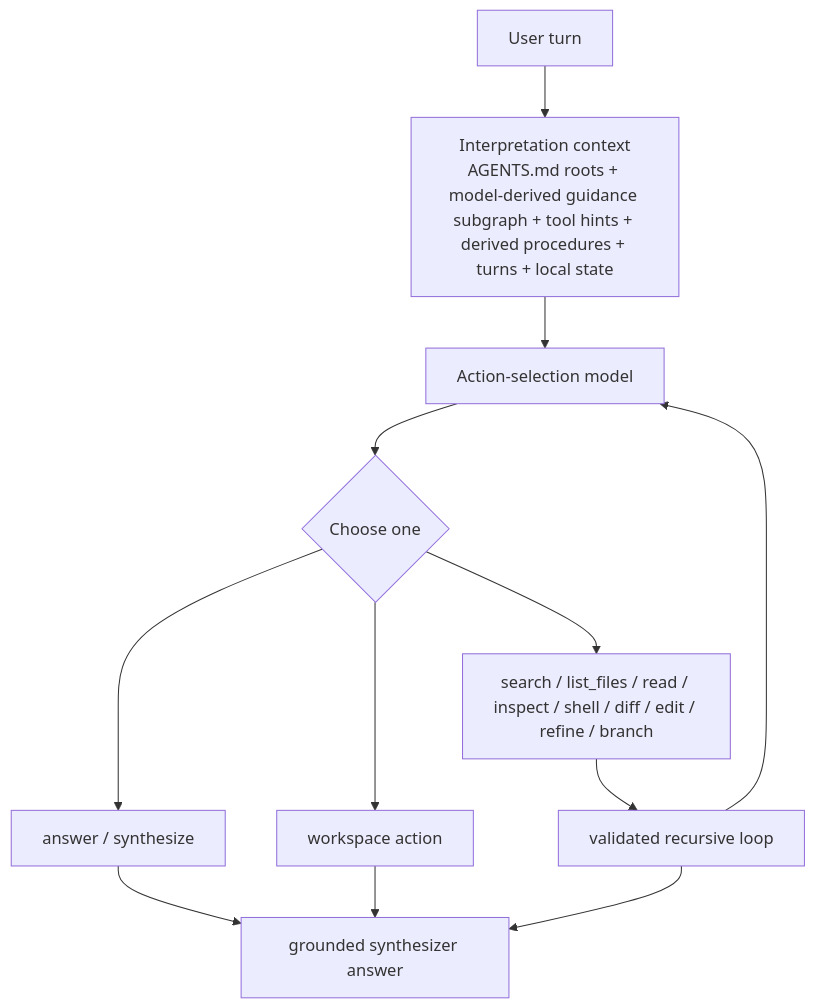
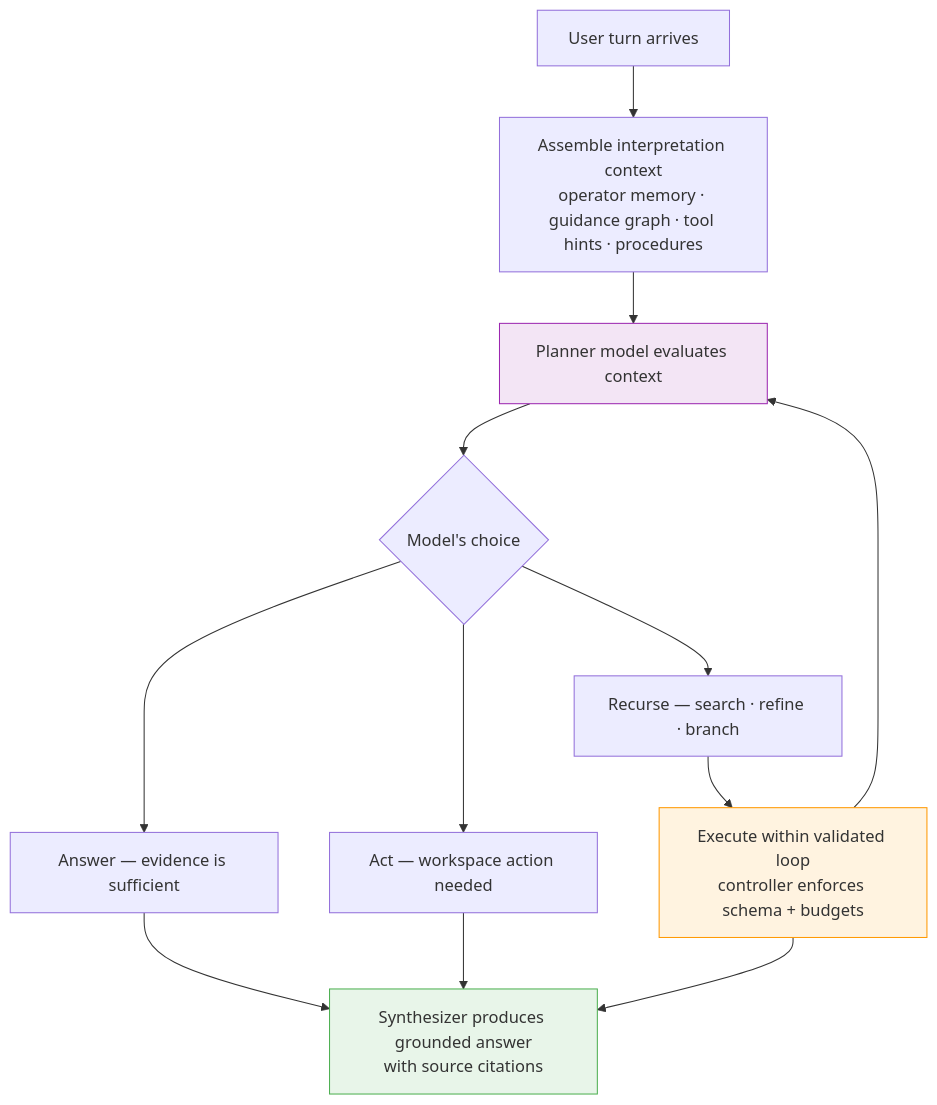
One commit to spoke-sh/paddles changed the third of 5 diagrams in README.md. Above: the diagram before and after it, drawn with Mermaid. The commit also changed other lines of this file and 6 other files, not shown here.

First line of the commit message:
docs: rewrite foundational documents for clarity and narrative flow

````diff
--- a/README.md
+++ b/README.md
@@ -82,18 +89,22 @@
 ```mermaid
 flowchart TD
-    U["User turn"]
-    I["Interpretation context<br/>AGENTS.md roots + model-derived guidance subgraph + tool hints + derived procedures + turns + local state"]
-    M["Action-selection model"]
-    C{"Choose one"}
-    A["answer / synthesize"]
-    T["workspace action"]
-    R["search / list_files / read / inspect / shell / diff / edit / refine / branch"]
-    L["validated recursive loop"]
-    S["grounded synthesizer answer"]
+    U["User turn arrives"]
+    I["Assemble interpretation context<br/>operator memory · guidance graph · tool hints · procedures"]
+    M["Planner model evaluates context"]
+    C{"Model's choice"}
+    A["Answer — evidence is sufficient"]
+    T["Act — workspace action needed"]
+    R["Recurse — search · refine · branch"]
+    L["Execute within validated loop<br/>controller enforces schema + budgets"]
+    S["Synthesizer produces grounded answer<br/>with source citations"]
 
     U --> I --> M --> C
     C --> A --> S
     C --> T --> S
     C --> R --> L --> M
     L --> S
+
+    style M fill:#f3e5f5,stroke:#9C27B0
+    style L fill:#fff3e0,stroke:#FF9800
+    style S fill:#e8f5e9,stroke:#4CAF50
 ```
````
